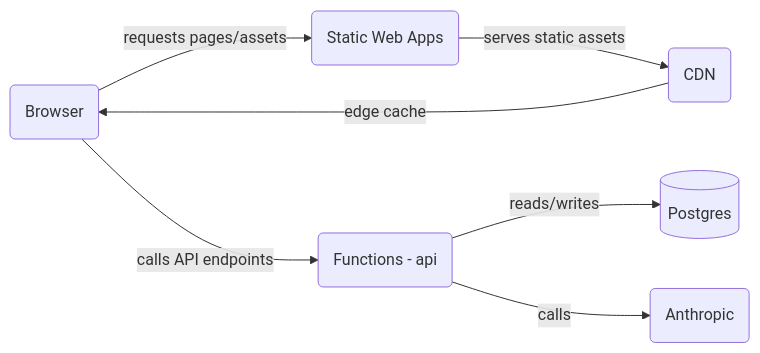
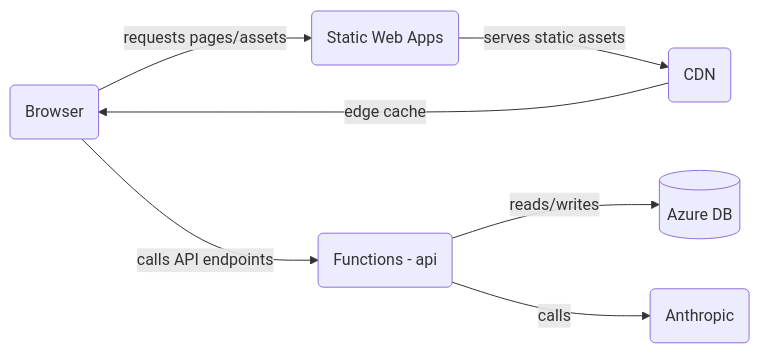
Before and after one commit to devgoon/me: the diagram in README.md, drawn with Mermaid. The commit also changed 3 other files, not shown here.

````diff
--- a/README.md
+++ b/README.md
@@ -23,16 +23,16 @@
 ```mermaid
 flowchart LR
   Browser(Browser)
   SWA(Static Web Apps)
   Functions(Functions - api)
-  DB[(Postgres)]
+  DB[(Azure DB)]
   AI(Anthropic)
   CDN(CDN)
 
   Browser -->|requests pages/assets| SWA
   Browser -->|calls API endpoints| Functions
   SWA -->|serves static assets| CDN
   Functions -->|reads/writes| DB
   Functions -->|calls| AI
   CDN -->|edge cache| Browser
 ```
````
